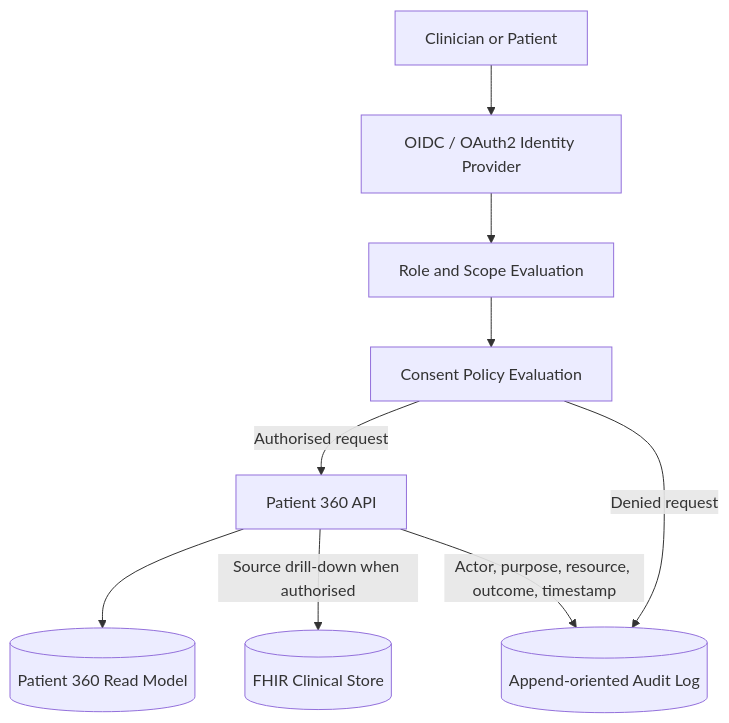
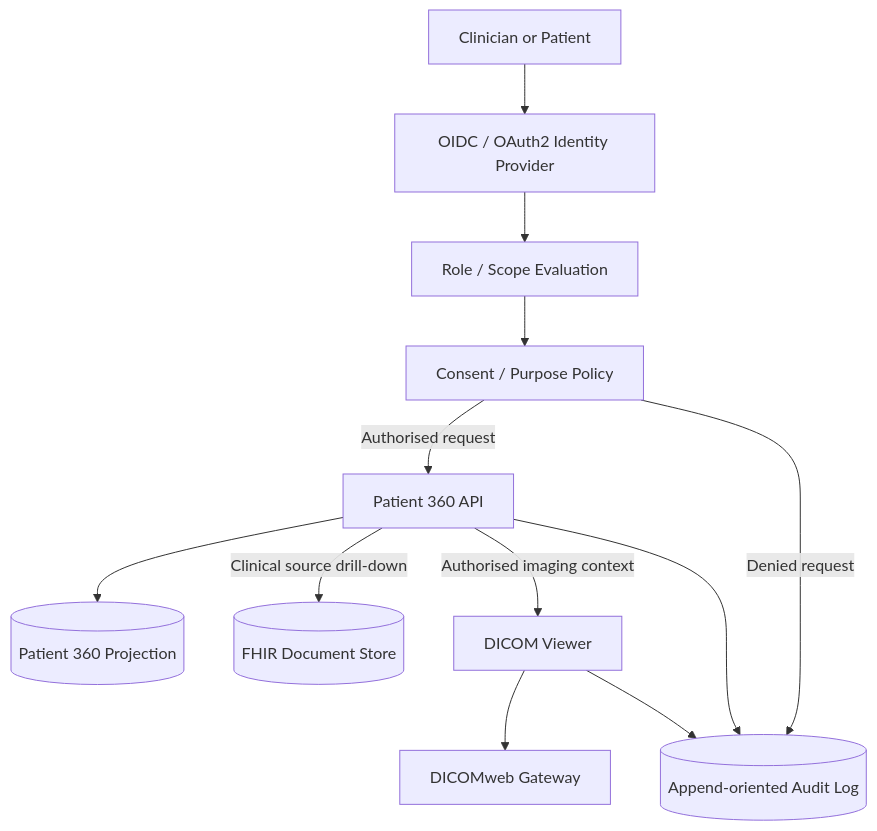
One commit to DiogoRibeiro7/sns-patient-360 changed the sixth of 7 diagrams in docs/architecture/system-architecture.md. Above: the diagram before and after it, drawn with Mermaid. The commit also changed other lines of this file, not shown here.

Commit message:
docs: update all system diagrams for imaging plane

````diff
--- a/docs/architecture/system-architecture.md
+++ b/docs/architecture/system-architecture.md
@@ -176,20 +236,25 @@
 ```mermaid
 flowchart TD
     USER[Clinician or Patient]
     AUTH[OIDC / OAuth2 Identity Provider]
-    RBAC[Role and Scope Evaluation]
-    CONSENT[Consent Policy Evaluation]
+    RBAC[Role / Scope Evaluation]
+    CONSENT[Consent / Purpose Policy]
     API[Patient 360 API]
-    DATA[(Patient 360 Read Model)]
-    FHIR[(FHIR Clinical Store)]
+    DATA[(Patient 360 Projection)]
+    FHIR[(FHIR Document Store)]
+    DICOM[DICOMweb Gateway]
+    VIEWER[DICOM Viewer]
     AUDIT[(Append-oriented Audit Log)]
 
     USER --> AUTH
     AUTH --> RBAC
     RBAC --> CONSENT
     CONSENT -->|Authorised request| API
     API --> DATA
-    API -->|Source drill-down when authorised| FHIR
-    API -->|Actor, purpose, resource, outcome, timestamp| AUDIT
+    API -->|Clinical source drill-down| FHIR
+    API -->|Authorised imaging context| VIEWER
+    VIEWER --> DICOM
+    API --> AUDIT
+    VIEWER --> AUDIT
     CONSENT -->|Denied request| AUDIT
 ```
````
